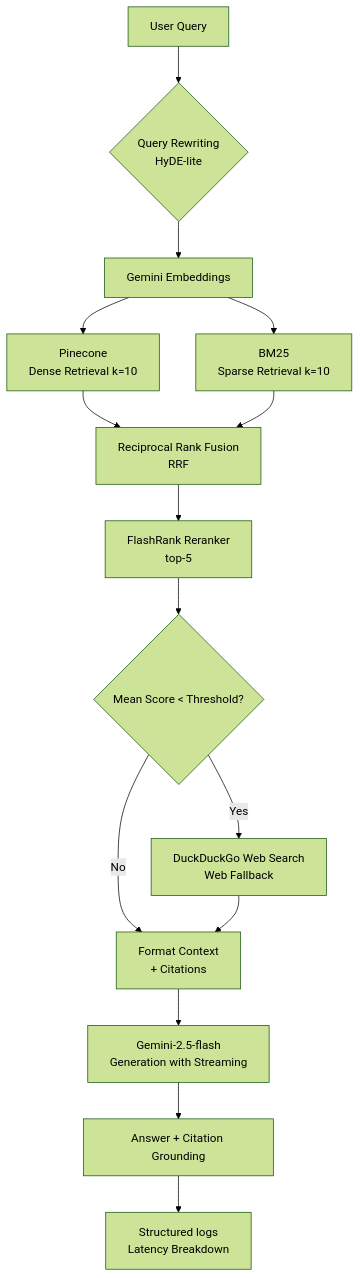
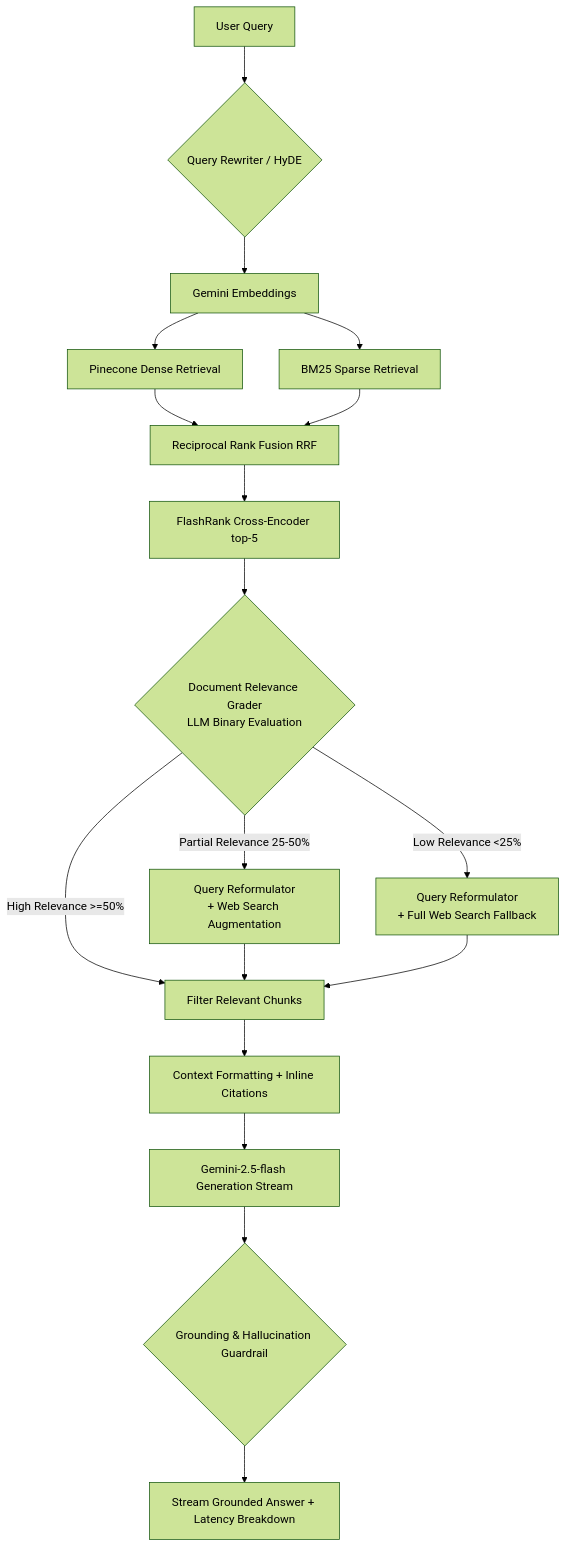
The diagram in README.md (sakshinaithani2005/miniRAG), drawn with Mermaid (forest theme) before and after one commit. The commit also changed other lines of this file and 33 other files, not shown here.

````diff
--- a/README.md
+++ b/README.md
@@ -31,17 +28,20 @@
 ```mermaid
 flowchart TD
-    A[User Query] --> B{Query Rewriting\nHyDE-lite}
+    A[User Query] --> B{Query Rewriter / HyDE}
     B --> C[Gemini Embeddings]
-    C --> D[Pinecone\nDense Retrieval k=10]
-    C --> E[BM25\nSparse Retrieval k=10]
-    D --> F[Reciprocal Rank Fusion\nRRF]
+    C --> D[Pinecone Dense Retrieval]
+    C --> E[BM25 Sparse Retrieval]
+    D --> F[Reciprocal Rank Fusion RRF]
     E --> F
-    F --> G[FlashRank Reranker\ntop-5]
-    G --> H{Mean Score < Threshold?}
-    H -- Yes --> I[DuckDuckGo Web Search\nWeb Fallback]
-    H -- No --> J[Format Context\n+ Citations]
-    I --> J
-    J --> K[Gemini-2.5-flash\nGeneration with Streaming]
-    K --> L[Answer + Citation Grounding]
-    L --> M[Structured logs\nLatency Breakdown]
+    F --> G[FlashRank Cross-Encoder top-5]
+    G --> H{Document Relevance Grader\nLLM Binary Evaluation}
+    H -->|High Relevance >=50%| J[Filter Relevant Chunks]
+    H -->|Partial Relevance 25-50%| K[Query Reformulator\n+ Web Search Augmentation]
+    H -->|Low Relevance <25%| L[Query Reformulator\n+ Full Web Search Fallback]
+    K --> J
+    L --> J
+    J --> M[Context Formatting + Inline Citations]
+    M --> N[Gemini-2.5-flash Generation Stream]
+    N --> O{Grounding & Hallucination Guardrail}
+    O --> P[Stream Grounded Answer + Latency Breakdown]
 ```
````
